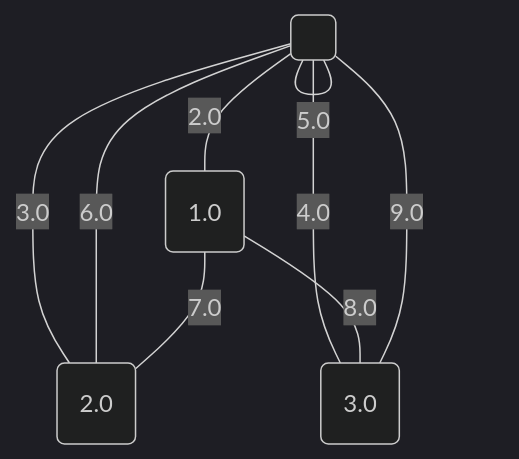
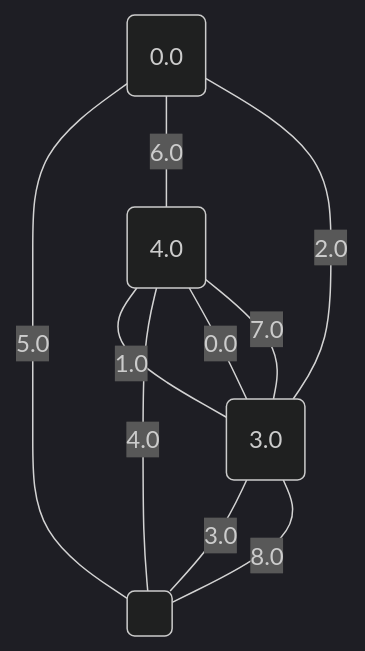
One commit to metury/graphs changed diagram 13 of 17 in project/src/testing/minCutPetersen.md. Above: the diagram before and after it, drawn with Mermaid (dark theme). The commit also changed other lines of this file and 78 other files, not shown here.

````diff
--- a/project/src/testing/minCutPetersen.md
+++ b/project/src/testing/minCutPetersen.md
@@ -334,15 +335,16 @@
 ```mermaid
 graph TD;
-0("1.0");
-1("2.0");
-2("3.0");
+0("0.0");
+1("3.0");
+2("4.0");
 3(" ");
-	3 -- "2.0" --- 0;
-	3 -- "3.0" --- 1;
-	3 -- "4.0" --- 2;
-	3 -- "5.0" --- 3;
-	3 -- "6.0" --- 1;
-	0 -- "7.0" --- 1;
-	0 -- "8.0" --- 2;
-	3 -- "9.0" --- 2;
+	1 -- "0.0" --- 2;
+	2 -- "1.0" --- 1;
+	1 -- "2.0" --- 0;
+	1 -- "3.0" --- 3;
+	2 -- "4.0" --- 3;
+	0 -- "5.0" --- 3;
+	0 -- "6.0" --- 2;
+	1 -- "7.0" --- 2;
+	1 -- "8.0" --- 3;
 ```
````
